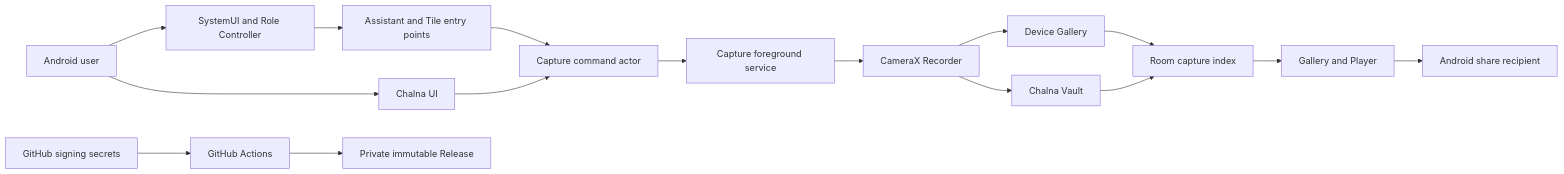
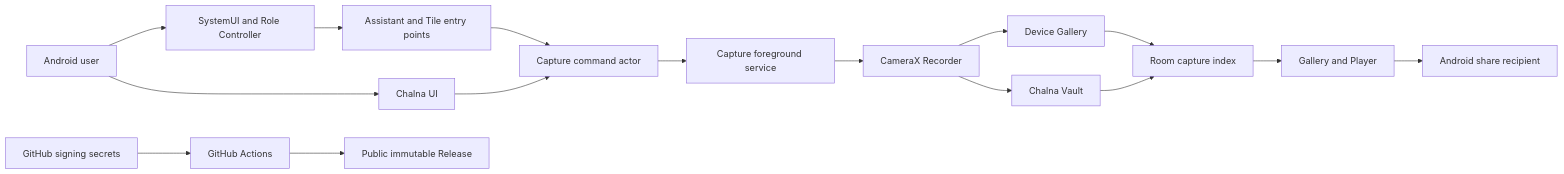
The diagram in docs/THREAT_MODEL.md (sampple-korea/chalna-android), drawn with Mermaid before and after one commit. The commit also changed other lines of this file and 6 other files, not shown here.

Commit message:
docs: record public repository release policy

````diff
--- a/docs/THREAT_MODEL.md
+++ b/docs/THREAT_MODEL.md
@@ -44,18 +44,18 @@
 ```mermaid
 flowchart LR
     User["Android user"] --> SystemUI["SystemUI and Role Controller"]
     SystemUI --> Entry["Assistant and Tile entry points"]
     Entry --> Actor["Capture command actor"]
     User --> UI["Chalna UI"]
     UI --> Actor
     Actor --> Service["Capture foreground service"]
     Service --> Camera["CameraX Recorder"]
     Camera --> MediaStore["Device Gallery"]
     Camera --> Vault["Chalna Vault"]
     MediaStore --> Database["Room capture index"]
     Vault --> Database
     Database --> Gallery["Gallery and Player"]
     Gallery --> Share["Android share recipient"]
     Secrets["GitHub signing secrets"] --> CI["GitHub Actions"]
-    CI --> Release["Private immutable Release"]
+    CI --> Release["Public immutable Release"]
 ```
````
